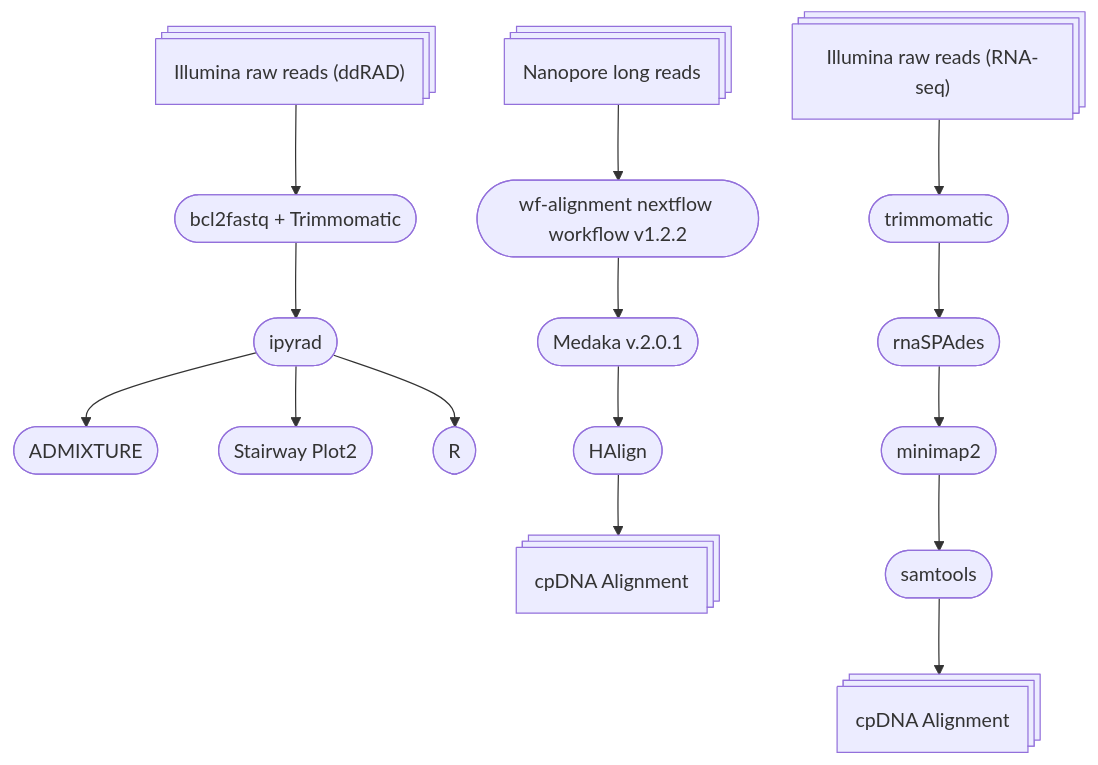
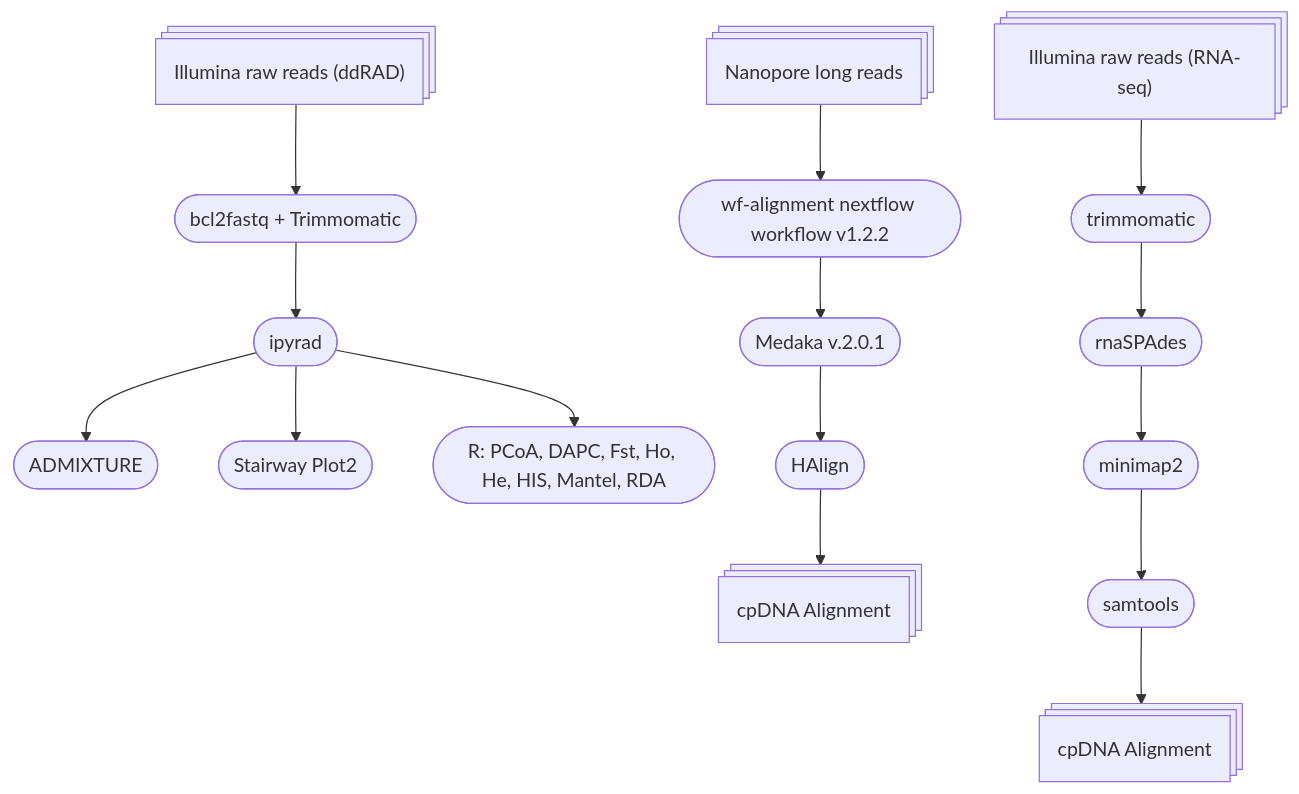
The diagram in README.md (kuprinak/Drosera_pogen), drawn with Mermaid before and after one commit.

````diff
--- a/README.md
+++ b/README.md
@@ -19,18 +19,18 @@
 ```mermaid
 flowchart TB
 A@{shape: procs, label: "Illumina raw reads (ddRAD)"} --> B([bcl2fastq + Trimmomatic]);
 B --> C([ipyrad]);
 C --> D([ADMIXTURE]);
 C --> E([Stairway Plot2]);
-C --> F([R])
+C --> F([R: PCoA, DAPC, Fst, Ho, He, HIS, Mantel, RDA])
 
 AA@{shape: procs, label: "Nanopore long reads"} --> K([wf-alignment nextflow workflow v1.2.2]);
 K --> K1([Medaka v.2.0.1]);
 K1 --> K2([HAlign]) --> K3@{shape: procs, label: "cpDNA Alignment"}
 
 AAA@{shape: procs, label: "Illumina raw reads (RNA-seq)"} --> SPA([trimmomatic]);
 SPA --> SPA1([rnaSPAdes]);
 SPA1 --> SPA2([minimap2]);
 SPA2 --> SPA3([samtools]) --> SPA4@{shape: procs, label: "cpDNA Alignment"}
 
 ```
````
